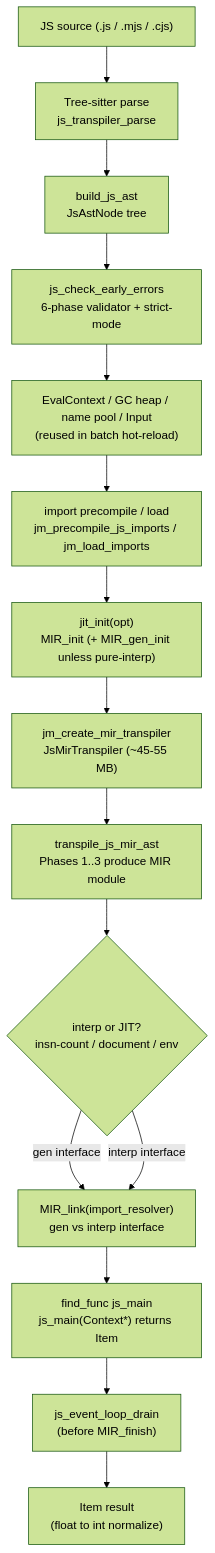
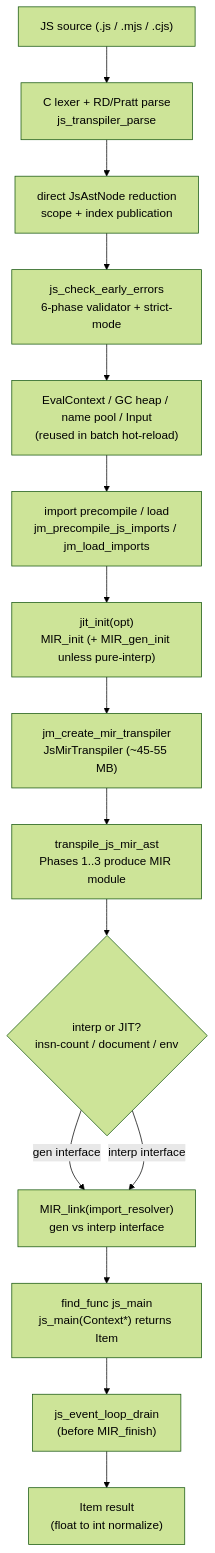
Before and after one commit to henry-luo/lambda: the diagram in doc/dev/js/diagram/pipeline_overview.mmd, drawn with Mermaid (forest theme). The commit also changed 23 other files, not shown here.

```diff
--- a/doc/dev/js/diagram/pipeline_overview.mmd
+++ b/doc/dev/js/diagram/pipeline_overview.mmd
@@ -1,19 +1,19 @@
 flowchart TB
   SRC["JS source (.js / .mjs / .cjs)"]
-  TS["Tree-sitter parse<br/>js_transpiler_parse"]
-  AST["build_js_ast<br/>JsAstNode tree"]
+  PARSE["C lexer + RD/Pratt parse<br/>js_transpiler_parse"]
+  AST["direct JsAstNode reduction<br/>scope + index publication"]
   EE["js_check_early_errors<br/>6-phase validator + strict-mode"]
   CTX["EvalContext / GC heap / name pool / Input<br/>(reused in batch hot-reload)"]
   IMP["import precompile / load<br/>jm_precompile_js_imports / jm_load_imports"]
   JIT["jit_init(opt)<br/>MIR_init (+ MIR_gen_init unless pure-interp)"]
   MT["jm_create_mir_transpiler<br/>JsMirTranspiler (~45-55 MB)"]
   LOWER["transpile_js_mir_ast<br/>Phases 1..3 produce MIR module"]
   SEL{"interp or JIT?<br/>insn-count / document / env"}
   LINK["MIR_link(import_resolver)<br/>gen vs interp interface"]
   RUN["find_func js_main<br/>js_main(Context*) returns Item"]
   DRAIN["js_event_loop_drain<br/>(before MIR_finish)"]
   RES["Item result<br/>(float to int normalize)"]
-  SRC --> TS --> AST --> EE --> CTX --> IMP --> JIT --> MT --> LOWER --> SEL
+  SRC --> PARSE --> AST --> EE --> CTX --> IMP --> JIT --> MT --> LOWER --> SEL
   SEL -->|gen interface| LINK
   SEL -->|interp interface| LINK
   LINK --> RUN --> DRAIN --> RES
```
